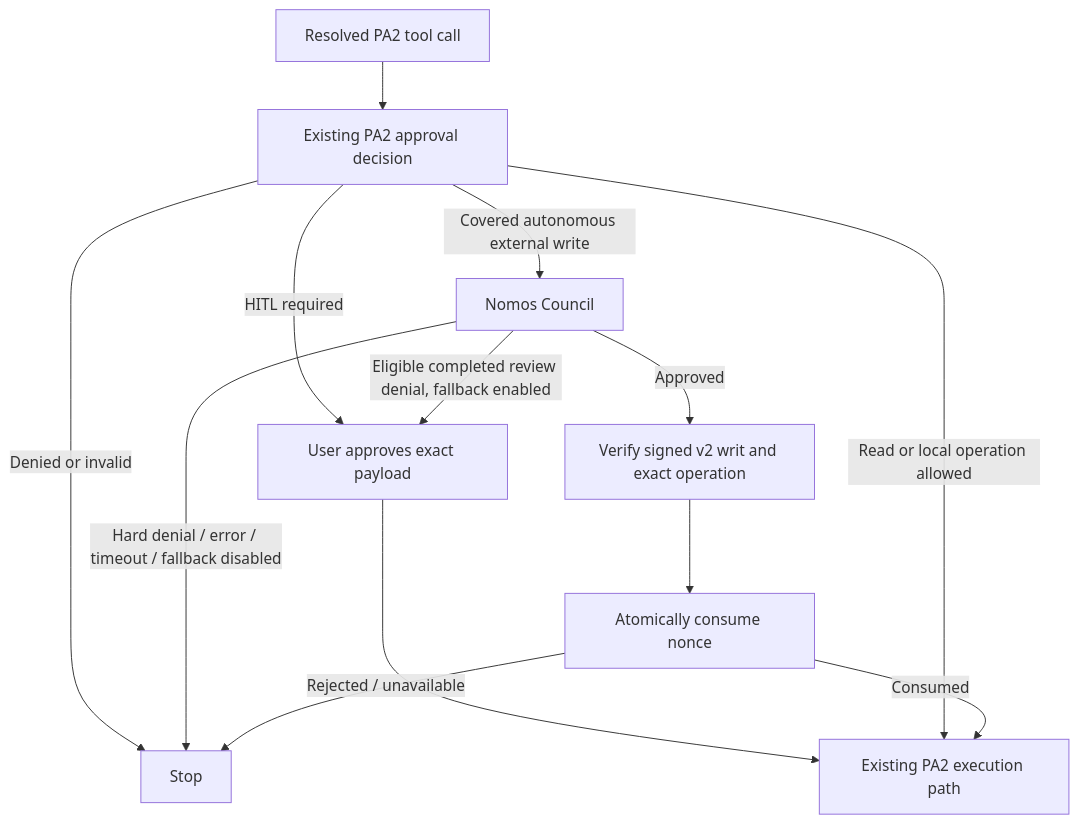
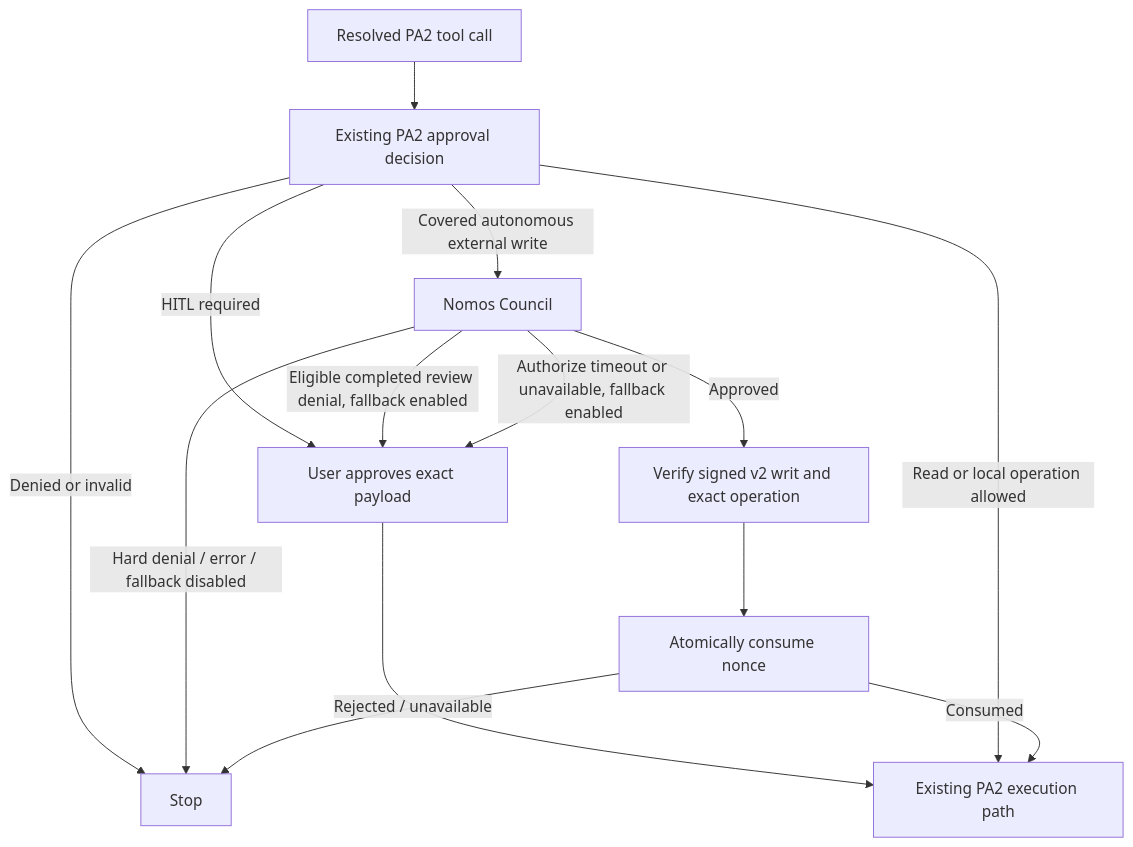
One commit to NVIDIA/Nomos changed the second of 5 diagrams in docs/proposals/pa2-autonomous-write-authorization.md. Above: the diagram before and after it, drawn with Mermaid. The commit also changed other lines of this file, not shown here.

````diff
--- a/docs/proposals/pa2-autonomous-write-authorization.md
+++ b/docs/proposals/pa2-autonomous-write-authorization.md
@@ -49,15 +67,16 @@
 ```mermaid
 flowchart TD
   Call[Resolved PA2 tool call] --> Policy[Existing PA2 approval decision]
   Policy -->|Denied or invalid| Stop[Stop]
   Policy -->|HITL required| Human[User approves exact payload]
   Human --> Dispatch[Existing PA2 execution path]
   Policy -->|Read or local operation allowed| Dispatch
   Policy -->|Covered autonomous external write| Council[Nomos Council]
   Council -->|Eligible completed review denial, fallback enabled| Human
-  Council -->|Hard denial / error / timeout / fallback disabled| Stop
+  Council -->|Authorize timeout or unavailable, fallback enabled| Human
+  Council -->|Hard denial / error / fallback disabled| Stop
   Council -->|Approved| Verify[Verify signed v2 writ and exact operation]
   Verify --> Consume[Atomically consume nonce]
   Consume -->|Consumed| Dispatch
   Consume -->|Rejected / unavailable| Stop
 ```
````
